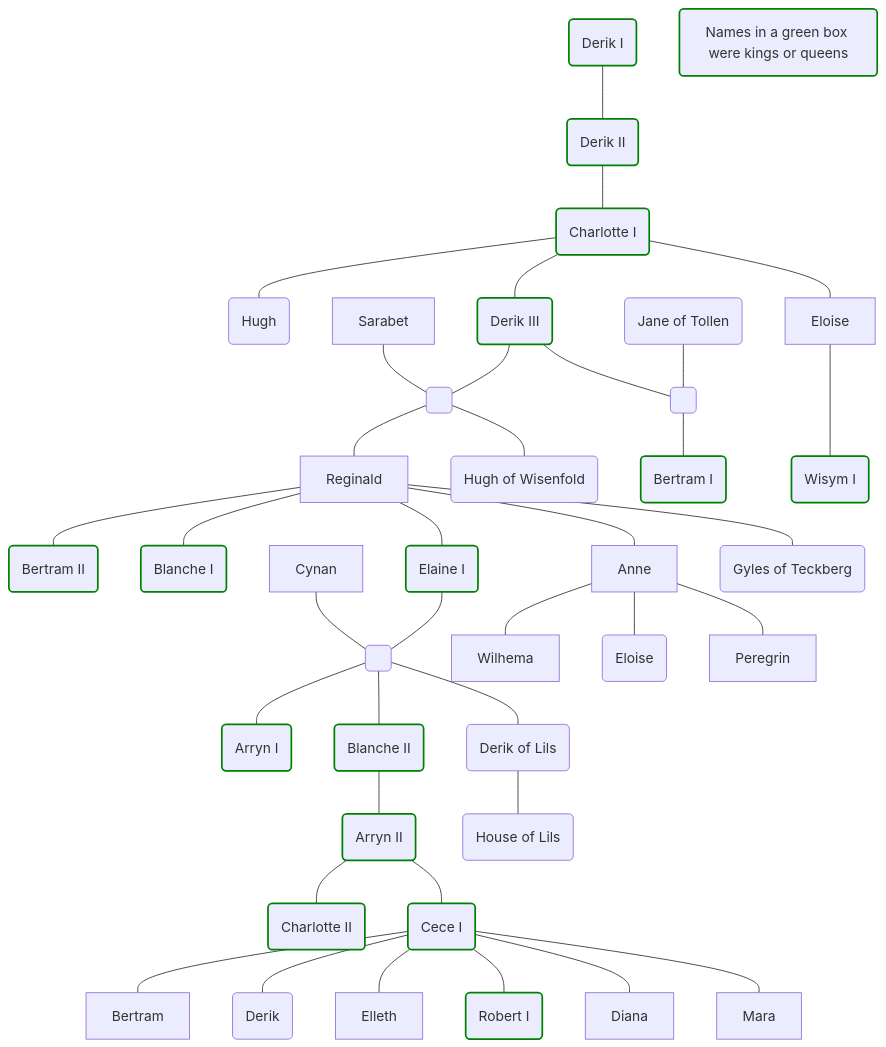
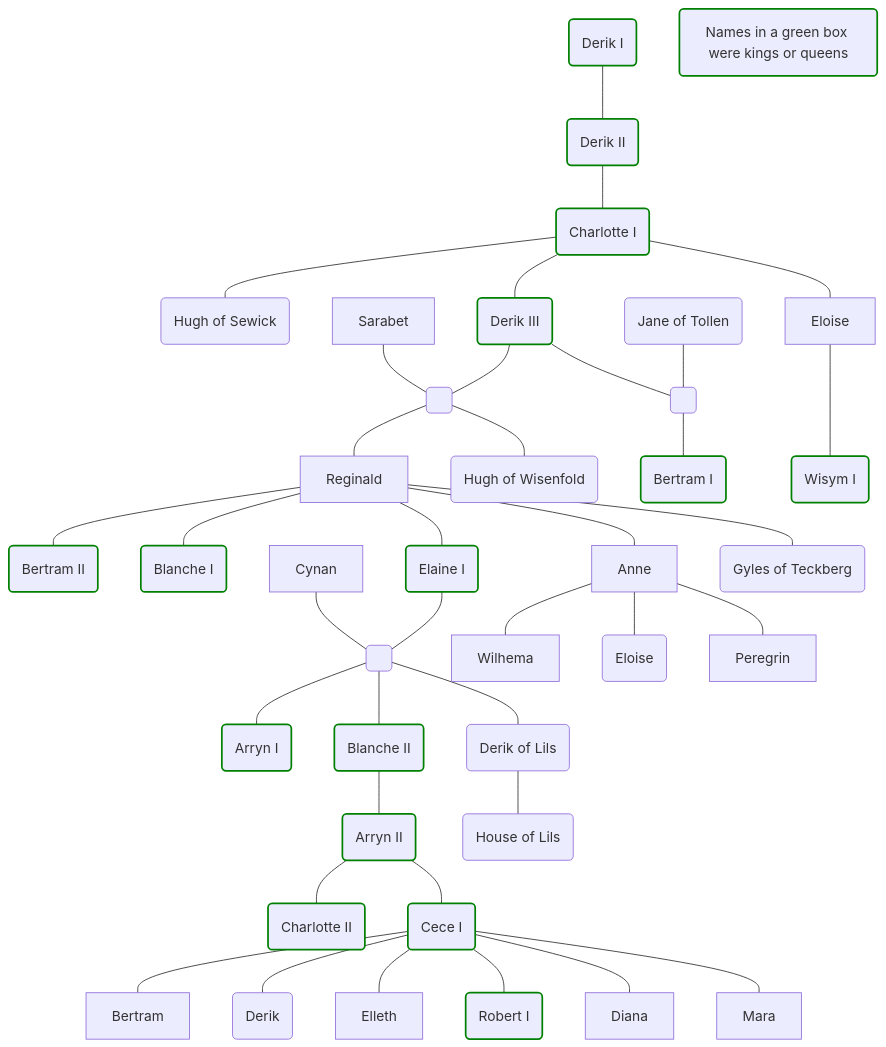
One commit to tsackton/taelgar changed the diagram in People/Historical Figures/Sembaran Royalty/House of Sewick.md. Above: the diagram before and after it, drawn with Mermaid. The commit also changed 27 other files, not shown here.

````diff
--- a/People/Historical Figures/Sembaran Royalty/House of Sewick.md
+++ b/People/Historical Figures/Sembaran Royalty/House of Sewick.md
@@ -11,62 +11,62 @@
 ```mermaid 
 
 graph TD
 
 DerikI(Derik I) --- DerikII(Derik II)
 DerikII --- CharlotteI(Charlotte I)
-CharlotteI --- Hugh1(Hugh)
+CharlotteI --- Hugh1(Hugh of Sewick)
 CharlotteI --- DerikIII(Derik III)
 Sarabet --- DerikIIIKidsSara( )
 DerikIII --- DerikIIIKidsSara( )
 DerikIII --- DerikIIIKidsSJane( )
 Jane(Jane of Tollen) --- DerikIIIKidsSJane( )
 CharlotteI --- Eloise
 DerikIIIKidsSara --- Reginald
 DerikIIIKidsSara --- Hugh2(Hugh of Wisenfold)
 DerikIIIKidsSJane --- BertramI(Bertram I)
 Eloise ---- WisymI(Wisym I)
 Reginald --- BertramII(Bertram II)
 Reginald --- BlancheI(Blanche I)
 Reginald --- ElaineI(Elaine I)
 Cynan --- ElaineIKids( )
 ElaineI --- ElaineIKids
 Reginald --- Anne
 Anne --- Wilhema
 Anne --- Eloise2(Eloise)
 Anne --- Peregrin
 Reginald --- Gyles(Gyles of Teckberg)
 ElaineIKids --- ArrynI(Arryn I)
 ElaineIKids --- BlancheII(Blanche II)
 ElaineIKids --- DerikElaineKid(Derik of Lils)
 BlancheII --- ArrynII(Arryn II)
 ArrynII --- CharlotteII(Charlotte II)
 ArrynII --- CeceI(Cece I)
 CeceI --- Bertram
 CeceI --- DerikCeceKid(Derik)
 CeceI --- Elleth
 CeceI --- RobertI(Robert I)
 CeceI --- Diana
 CeceI --- Mara
 DerikElaineKid --- HouseOfLils(House of Lils)
 
 
 KingOrQueen(Names in a green box were kings or queens)
 
 classDef ruler stroke:green,stroke-width:2px
 classDef noKids stroke:red,stroke-width:2px
 
 class DerikI,DerikII,CharlotteI,DerikIII,BertramI,BertramII,ArrynI,ElaineI,WisymI ruler;
 class BlancheI,DerikI,DerikII,CharlotteI,DerikIII,Jane,BertramI,BertramII,ArrynI,ElaineI internal-link;
 
-class Gyles,Hugh2,WisymI internal-link;
+class Gyles,Hugh2,WisymI,Hugh1 internal-link;
 
 class BlancheI,DerikIV,BlancheII,ArrynII,CharlotteII,CeceI,RobertI ruler;
 
 class DerikIV,BlancheII,ArrynII,CharlotteII,CeceI,RobertI internal-link;
 class Annabeth,Morgaine,HouseOfLils,Cynan,DerikElaineKid internal-link;
 
 class Sarabet,Reginald,Eloise,Anne internal-link;
 
 class KingOrQueen ruler;
 
 ```
````
